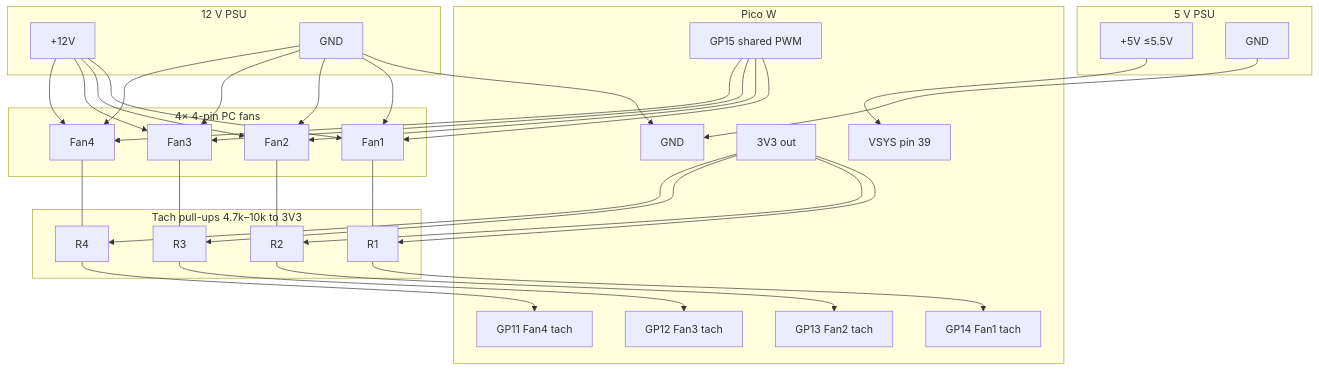
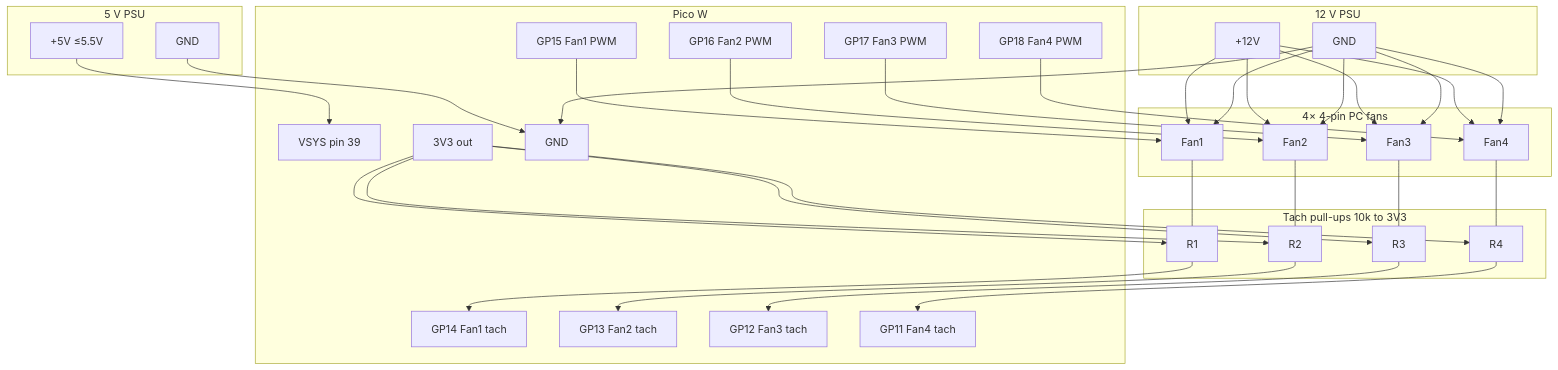
Before and after one commit to thordin9/rp-pico-fan-controller: the diagram in README.md, drawn with Mermaid. The commit also changed other lines of this file and 1 other file, not shown here.

First line of the commit message:
docs: update README for per-fan PWM and Prometheus

````diff
--- a/README.md
+++ b/README.md
@@ -88,61 +95,64 @@
 ```mermaid
 flowchart TB
   subgraph P5["5 V PSU"]
     V5["+5V ≤5.5V"]
     G5["GND"]
   end
 
   subgraph P12["12 V PSU"]
     V12["+12V"]
     PGND["GND"]
   end
 
   subgraph FANS["4× 4-pin PC fans"]
     F1["Fan1"]
     F2["Fan2"]
     F3["Fan3"]
     F4["Fan4"]
   end
 
-  subgraph PULLUPS["Tach pull-ups 4.7k–10k to 3V3"]
+  subgraph PULLUPS["Tach pull-ups 10k to 3V3"]
     R1["R1"]
     R2["R2"]
     R3["R3"]
     R4["R4"]
   end
 
   subgraph PICO["Pico W"]
     VSYS["VSYS pin 39"]
-    GP15["GP15 shared PWM"]
+    GP15["GP15 Fan1 PWM"]
+    GP16["GP16 Fan2 PWM"]
+    GP17["GP17 Fan3 PWM"]
+    GP18["GP18 Fan4 PWM"]
     GP14["GP14 Fan1 tach"]
     GP13["GP13 Fan2 tach"]
     GP12["GP12 Fan3 tach"]
     GP11["GP11 Fan4 tach"]
     V33["3V3 out"]
     GND["GND"]
   end
 
   V5 --> VSYS
   G5 --> GND
   PGND --> GND
   V12 --> F1
   V12 --> F2
   V12 --> F3
   V12 --> F4
   PGND --> F1
   PGND --> F2
   PGND --> F3
   PGND --> F4
   GP15 --> F1
-  GP15 --> F2
-  GP15 --> F3
-  GP15 --> F4
+  GP16 --> F2
+  GP17 --> F3
+  GP18 --> F4
   F1 --- R1 --> GP14
   F2 --- R2 --> GP13
   F3 --- R3 --> GP12
   F4 --- R4 --> GP11
   V33 --> R1
   V33 --> R2
   V33 --> R3
   V33 --> R4
 ```
````
